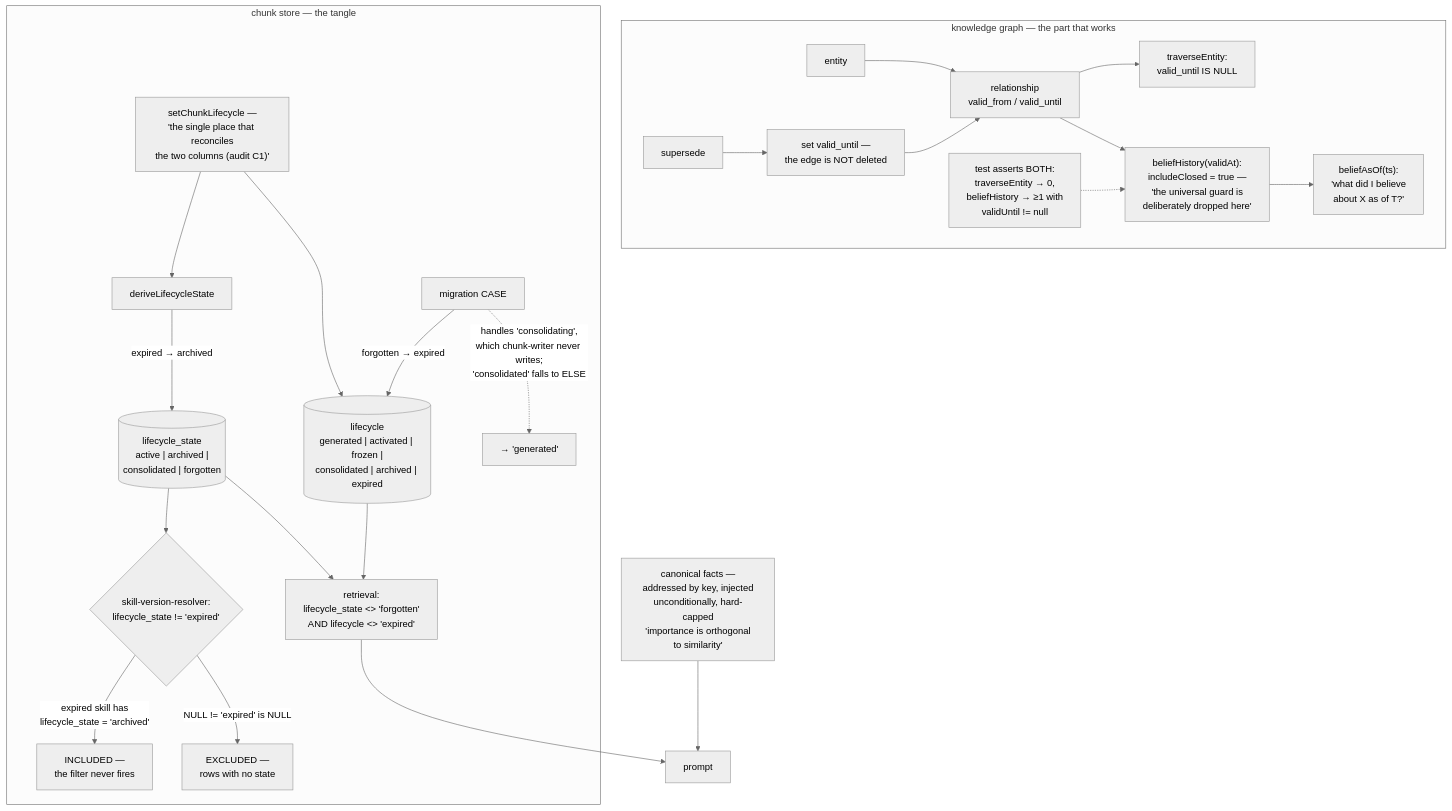
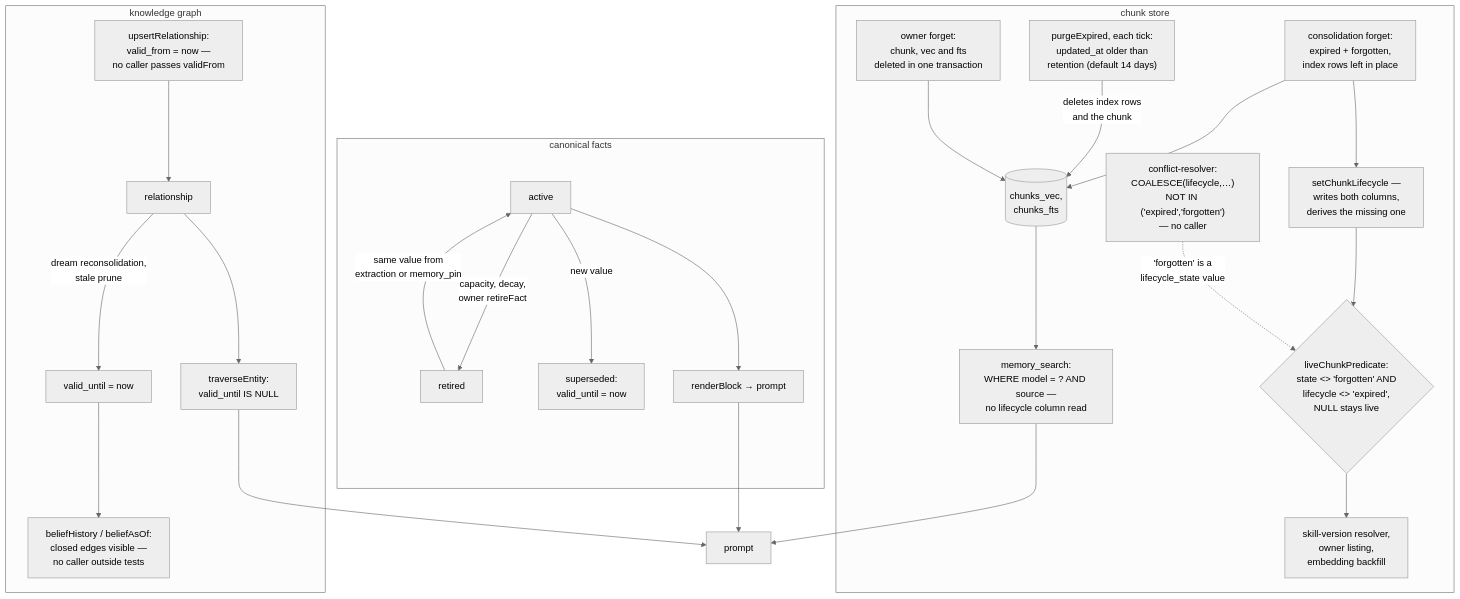
Before and after one commit to neoneye/agent-memory-atlas: the diagram in content/systems/bitterbot-desktop.md, drawn with Mermaid (neutral theme). The commit also changed other lines of this file and 18 other files, not shown here.

First line of the commit message:
Re-read bitterbot-desktop at cd4562a: bitemporal withdrawn, audit_log gained

````diff
--- a/content/systems/bitterbot-desktop.md
+++ b/content/systems/bitterbot-desktop.md
@@ -106,28 +113,30 @@
 ```mermaid
-%% caption: the belief layer closes intervals and offers a real as-of read, while the chunk store's two lifecycle columns are reconciled on write by a function that is not the migration's inverse — and one read filter tests a value its column never holds
+%% caption: lifecycle is enforced on the maintenance and skill reads through one predicate and reaches search only through index membership; canonical retirement is reversible by a same-value pin; the graph's interval is belief time
 flowchart TB
-    subgraph KG["knowledge graph — the part that works"]
-        E["entity"] --> R["relationship<br/>valid_from / valid_until"]
-        SUP["supersede"] --> CLOSE["set valid_until —<br/>the edge is NOT deleted"]
-        CLOSE --> R
-        R --> TRAV["traverseEntity:<br/>valid_until IS NULL"]
-        R --> BH["beliefHistory(validAt):<br/>includeClosed = true —<br/>'the universal guard is<br/>deliberately dropped here'"]
-        BH --> ASOF["beliefAsOf(ts):<br/>'what did I believe<br/>about X as of T?'"]
-        TEST["test asserts BOTH:<br/>traverseEntity → 0,<br/>beliefHistory → ≥1 with<br/>validUntil != null"] -.-> BH
+    subgraph CH["chunk store"]
+        W["setChunkLifecycle —<br/>writes both columns,<br/>derives the missing one"]
+        W --> P{"liveChunkPredicate:<br/>state <> 'forgotten' AND<br/>lifecycle <> 'expired',<br/>NULL stays live"}
+        P --> SK["skill-version resolver,<br/>owner listing,<br/>embedding backfill"]
+        F["consolidation forget:<br/>expired + forgotten,<br/>index rows left in place"] --> W
+        F --> IDX[("chunks_vec,<br/>chunks_fts")]
+        IDX --> S["memory_search:<br/>WHERE model = ? AND source —<br/>no lifecycle column read"]
+        PG["purgeExpired, each tick:<br/>updated_at older than<br/>retention (default 14 days)"] -->|"deletes index rows<br/>and the chunk"| IDX
+        OF["owner forget:<br/>chunk, vec and fts<br/>deleted in one transaction"] --> IDX
+        CC["conflict-resolver:<br/>COALESCE(lifecycle,…)<br/>NOT IN ('expired','forgotten')<br/>— no caller"] -.->|"'forgotten' is a<br/>lifecycle_state value"| P
     end
-    subgraph CH["chunk store — the tangle"]
-        SET["setChunkLifecycle —<br/>'the single place that reconciles<br/>the two columns (audit C1)'"]
-        SET --> D["deriveLifecycleState"]
-        D -->|"expired → archived"| LS[("lifecycle_state<br/>active | archived |<br/>consolidated | forgotten")]
-        SET --> LC[("lifecycle<br/>generated | activated | frozen |<br/>consolidated | archived | expired")]
-        MIG["migration CASE"] -->|"forgotten → expired"| LC
-        MIG -.->|"handles 'consolidating',<br/>which chunk-writer never writes;<br/>'consolidated' falls to ELSE"| GEN["→ 'generated'"]
-        LS --> RET["retrieval:<br/>lifecycle_state <> 'forgotten'<br/>AND lifecycle <> 'expired'"]
-        LC --> RET
-        LS --> BAD{"skill-version-resolver:<br/>lifecycle_state != 'expired'"}
-        BAD -->|"expired skill has<br/>lifecycle_state = 'archived'"| INC["INCLUDED —<br/>the filter never fires"]
-        BAD -->|"NULL != 'expired' is NULL"| EXC["EXCLUDED —<br/>rows with no state"]
+    subgraph CF["canonical facts"]
+        A["active"] -->|"capacity, decay,<br/>owner retireFact"| R["retired"]
+        R -->|"same value from<br/>extraction or memory_pin"| A
+        A -->|"new value"| SUP["superseded:<br/>valid_until = now"]
+        A --> BLK["renderBlock → prompt"]
     end
-    CF["canonical facts —<br/>addressed by key, injected<br/>unconditionally, hard-capped<br/>'importance is orthogonal<br/>to similarity'"] --> PROMPT["prompt"]
-    RET --> PROMPT
+    subgraph KG["knowledge graph"]
+        UP["upsertRelationship:<br/>valid_from = now —<br/>no caller passes validFrom"] --> REL["relationship"]
+        REL -->|"dream reconsolidation,<br/>stale prune"| CL["valid_until = now"]
+        REL --> TR["traverseEntity:<br/>valid_until IS NULL"]
+        CL --> BH["beliefHistory / beliefAsOf:<br/>closed edges visible —<br/>no caller outside tests"]
+    end
+    S --> PROMPT["prompt"]
+    BLK --> PROMPT
+    TR --> PROMPT
 ```
````
